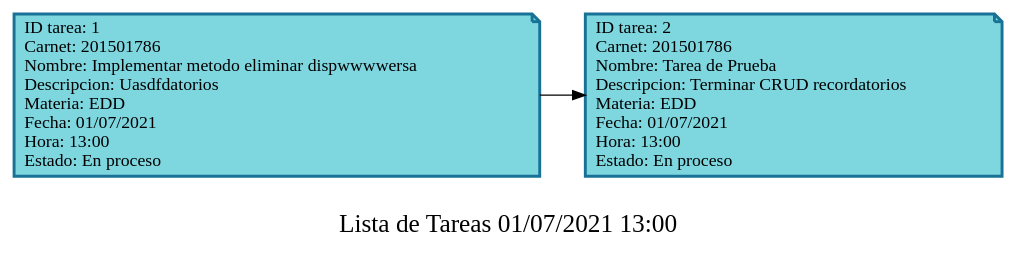
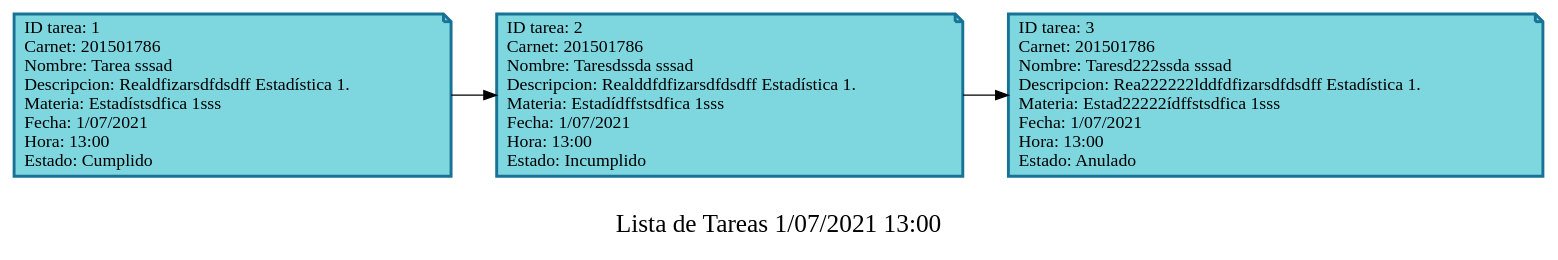
One commit to DanielDubonDR/EDD_SmartClass_201901772 changed the diagram in Fase_2/Archivos_dot/ListaTareas.dot. Above: the diagram before and after it, drawn with Graphviz. The commit also changed 3 other files, not shown here.

```diff
--- a/Fase_2/Archivos_dot/ListaTareas.dot
+++ b/Fase_2/Archivos_dot/ListaTareas.dot
@@ -1,10 +1,12 @@
 
         digraph List {
         rankdir=LR;
-        label="\nLista de Tareas 01/07/2021 13:00 " fontsize=20;
+        label="\nLista de Tareas 1/07/2021 13:00 " fontsize=20;
         node [shape = note, color="#187296", style=filled, fillcolor="#7ed6df" penwidth=2.3];
         
-		N1 [label="\ID tarea: 1 \lCarnet: 201501786 \lNombre: Implementar metodo eliminar dispwwwwersa \lDescripcion: Uasdfdatorios \lMateria: EDD \lFecha: 01/07/2021 \lHora: 13:00 \lEstado: En proceso\l"];
-		N2 [label="\ID tarea: 2 \lCarnet: 201501786 \lNombre: Tarea de Prueba \lDescripcion: Terminar CRUD recordatorios \lMateria: EDD \lFecha: 01/07/2021 \lHora: 13:00 \lEstado: En proceso\l"];
+		N1 [label="\ID tarea: 1 \lCarnet: 201501786 \lNombre: Tarea sssad \lDescripcion: Realdfizarsdfdsdff Estadística 1. \lMateria: Estadístsdfica 1sss \lFecha: 1/07/2021 \lHora: 13:00 \lEstado: Cumplido\l"];
+		N2 [label="\ID tarea: 2 \lCarnet: 201501786 \lNombre: Taresdssda sssad \lDescripcion: Realddfdfizarsdfdsdff Estadística 1. \lMateria: Estadídffstsdfica 1sss \lFecha: 1/07/2021 \lHora: 13:00 \lEstado: Incumplido\l"];
+		N3 [label="\ID tarea: 3 \lCarnet: 201501786 \lNombre: Taresd222ssda sssad \lDescripcion: Rea222222lddfdfizarsdfdsdff Estadística 1. \lMateria: Estad22222ídffstsdfica 1sss \lFecha: 1/07/2021 \lHora: 13:00 \lEstado: Anulado\l"];
 		N1 -> N2
+		N2 -> N3
 }
```
